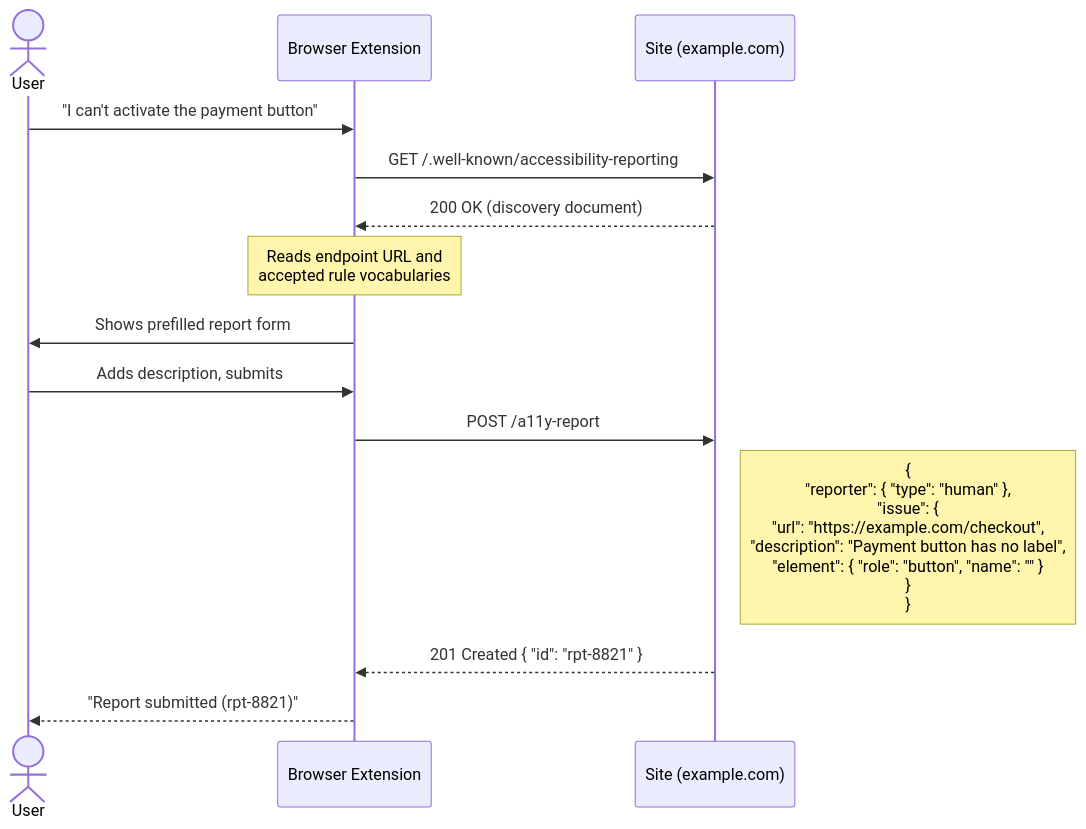
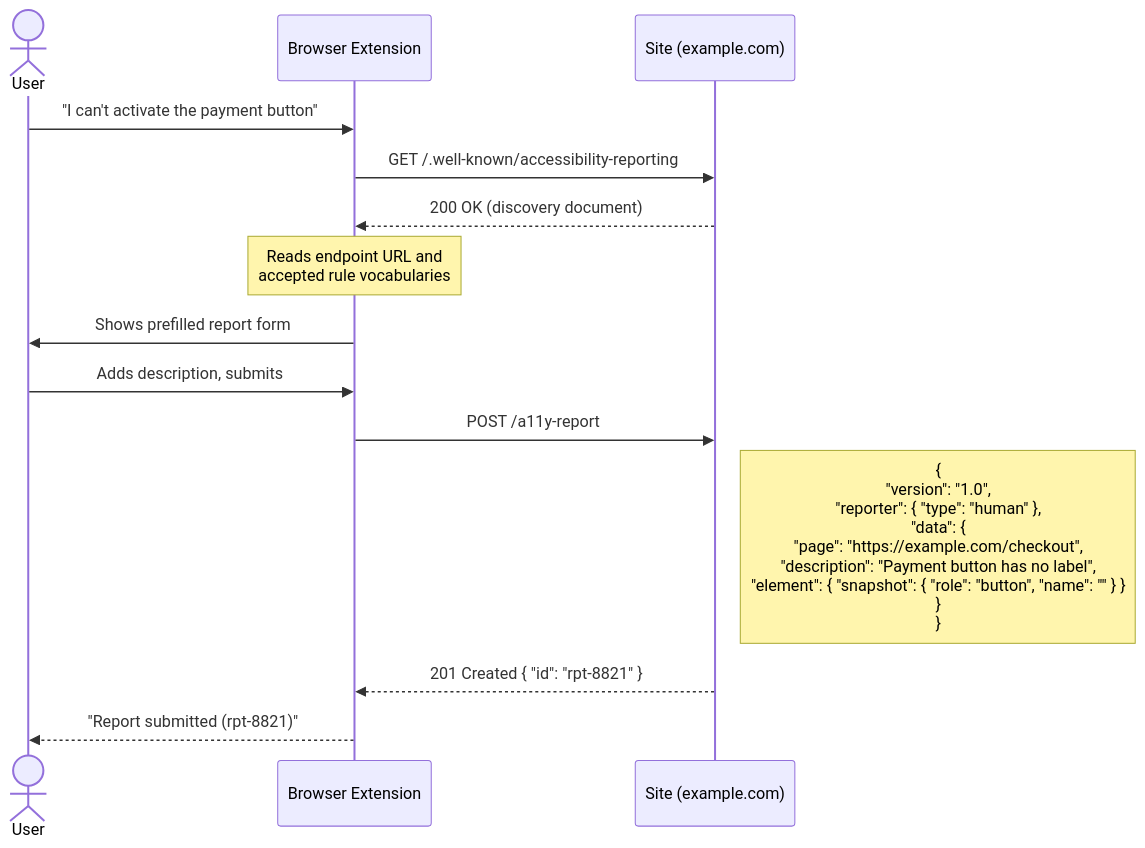
The first of 2 diagrams in readme.md (AutoSponge/well-known-accessibility-report), drawn with Mermaid before and after one commit. The commit also changed other lines of this file and 1 other file, not shown here.

````diff
--- a/readme.md
+++ b/readme.md
@@ -72,22 +74,22 @@
 ```mermaid
 sequenceDiagram
     actor User
     participant Extension as Browser Extension
     participant Site as Site (example.com)
 
     User->>Extension: "I can't activate the payment button"
 
     Extension->>Site: GET /.well-known/accessibility-reporting
     Site-->>Extension: 200 OK (discovery document)
 
     Note over Extension: Reads endpoint URL and<br/>accepted rule vocabularies
 
     Extension->>User: Shows prefilled report form
     User->>Extension: Adds description, submits
 
     Extension->>Site: POST /a11y-report
-    Note right of Site: {<br/>  "reporter": { "type": "human" },<br/>  "issue": {<br/>    "url": "https://example.com/checkout",<br/>    "description": "Payment button has no label",<br/>    "element": { "role": "button", "name": "" }<br/>  }<br/>}
+    Note right of Site: {<br/>  "version": "1.0",<br/>  "reporter": { "type": "human" },<br/>  "data": {<br/>    "page": "https://example.com/checkout",<br/>    "description": "Payment button has no label",<br/>    "element": { "snapshot": { "role": "button", "name": "" } }<br/>  }<br/>}
 
     Site-->>Extension: 201 Created { "id": "rpt-8821" }
     Extension-->>User: "Report submitted (rpt-8821)"
 ```
````
